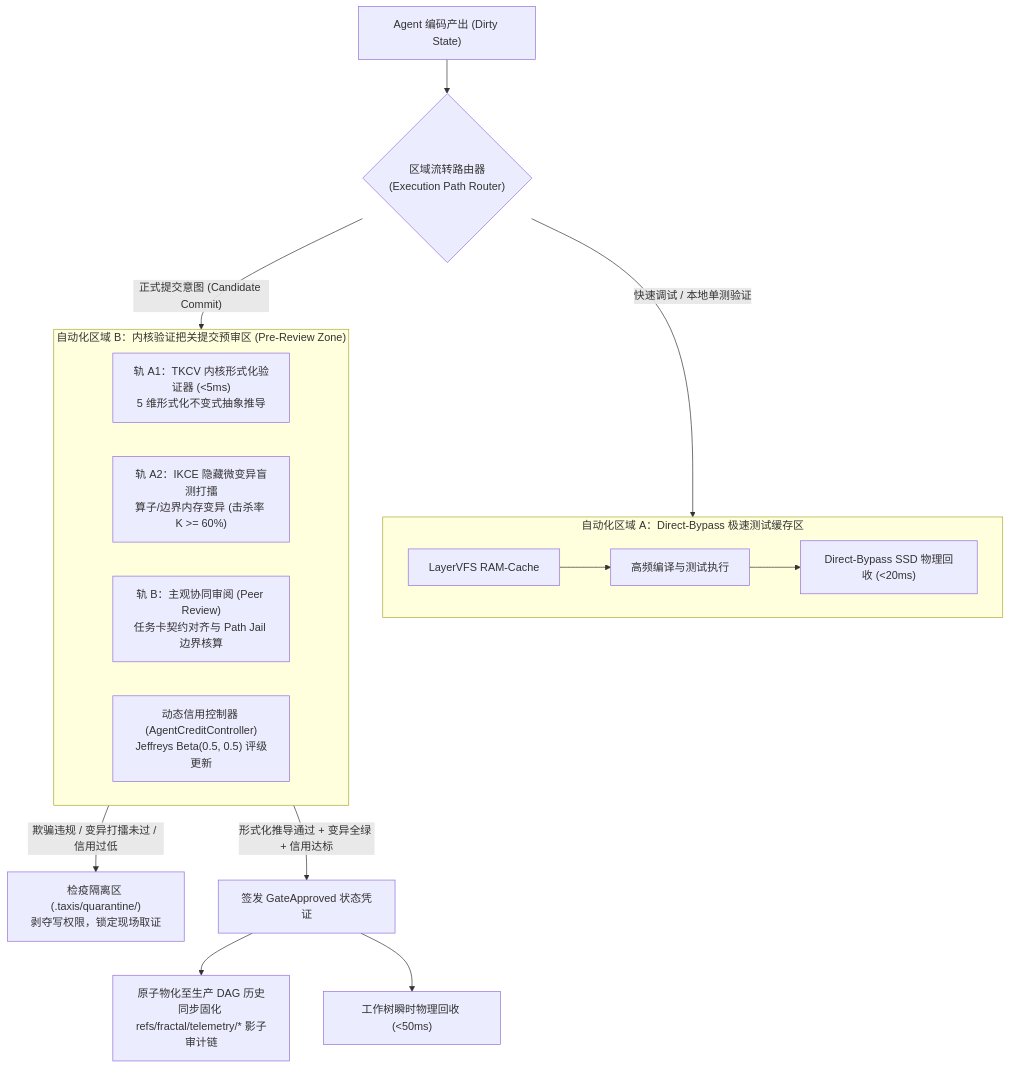
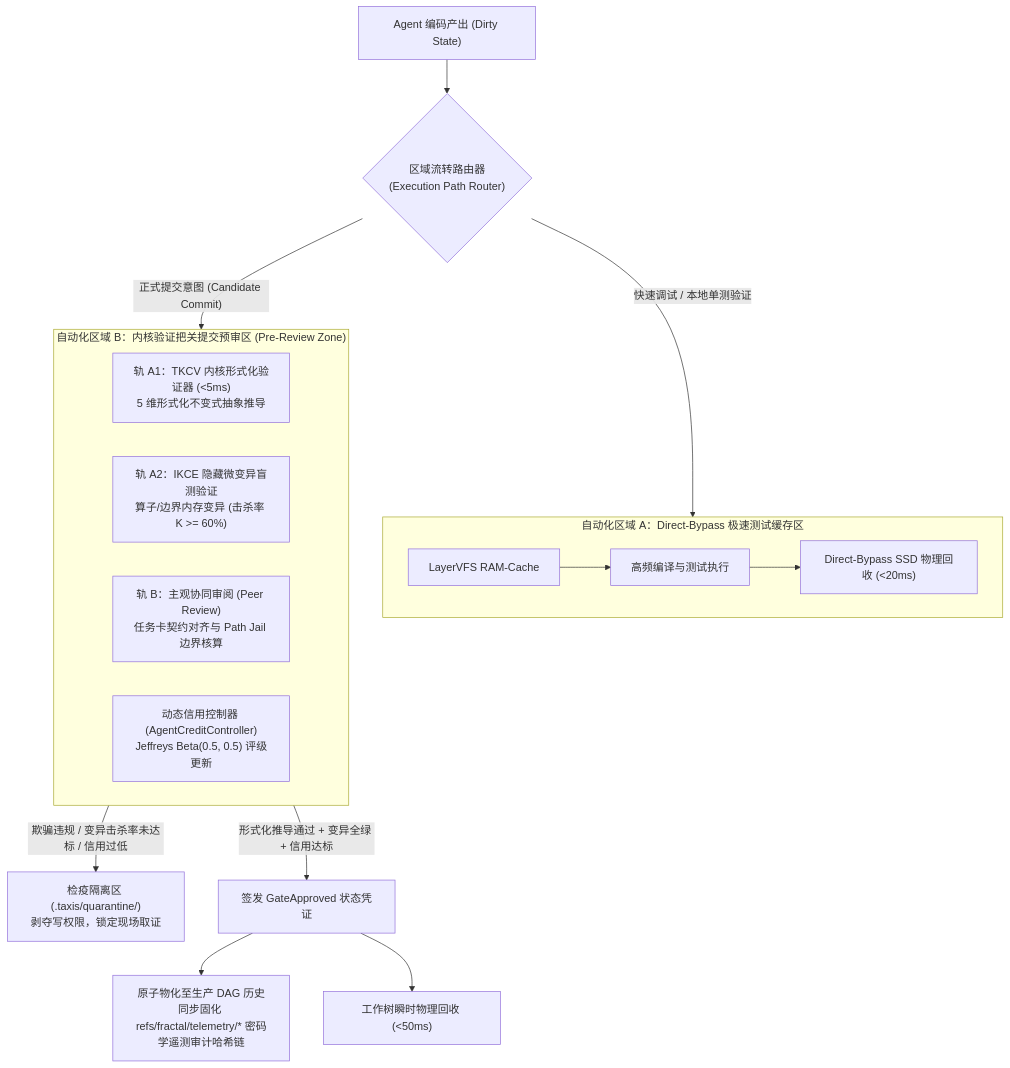
One commit to guilingzhouyi-creator/vscode-extensions changed the first of 3 diagrams in fractal-git/docs/03-pre-review-zone-and-auto-gating.md. Above: the diagram before and after it, drawn with Mermaid. The commit also changed other lines of this file and 20 other files, not shown here.

````diff
--- a/fractal-git/docs/03-pre-review-zone-and-auto-gating.md
+++ b/fractal-git/docs/03-pre-review-zone-and-auto-gating.md
@@ -19,25 +19,25 @@
 ```mermaid
 flowchart TD
   DIRTY["Agent 编码产出 (Dirty State)"] --> ROUTER{"区域流转路由器<br/>(Execution Path Router)"}
   
   subgraph ZONE_A["自动化区域 A：Direct-Bypass 极速测试缓存区"]
     CACHE_MEM["LayerVFS RAM-Cache"] --> RUN_TEST["高频编译与测试执行"]
     RUN_TEST --> GC_QUICK["Direct-Bypass SSD 物理回收 (<20ms)"]
   end
 
   subgraph ZONE_B["自动化区域 B：内核验证把关提交预审区 (Pre-Review Zone)"]
     TKCV["轨 A1：TKCV 内核形式化验证器 (<5ms)<br/>5 维形式化不变式抽象推导"]
-    IKCE["轨 A2：IKCE 隐藏微变异盲测打擂<br/>算子/边界内存变异 (击杀率 K >= 60%)"]
+    IKCE["轨 A2：IKCE 隐藏微变异盲测验证<br/>算子/边界内存变异 (击杀率 K >= 60%)"]
     ROLE["轨 B：主观协同审阅 (Peer Review)<br/>任务卡契约对齐与 Path Jail 边界核算"]
     CREDIT["动态信用控制器 (AgentCreditController)<br/>Jeffreys Beta(0.5, 0.5) 评级更新"]
   end
 
   ROUTER -->|"快速调试 / 本地单测验证"| ZONE_A
   ROUTER -->|"正式提交意图 (Candidate Commit)"| ZONE_B
 
-  ZONE_B -->|"欺骗违规 / 变异打擂未过 / 信用过低"| QUARANTINE["检疫隔离区 (.taxis/quarantine/)<br/>剥夺写权限，锁定现场取证"]
+  ZONE_B -->|"欺骗违规 / 变异击杀率未达标 / 信用过低"| QUARANTINE["检疫隔离区 (.taxis/quarantine/)<br/>剥夺写权限，锁定现场取证"]
   ZONE_B -->|"形式化推导通过 + 变异全绿 + 信用达标"| GATE_PASS["签发 GateApproved 状态凭证"]
 
-  GATE_PASS --> ATOMIC_COMMIT["原子物化至生产 DAG 历史<br/>同步固化 refs/fractal/telemetry/* 影子审计链"]
+  GATE_PASS --> ATOMIC_COMMIT["原子物化至生产 DAG 历史<br/>同步固化 refs/fractal/telemetry/* 密码学遥测审计哈希链"]
   GATE_PASS --> GC_PRZ["工作树瞬时物理回收 (<50ms)"]
 ```
````
